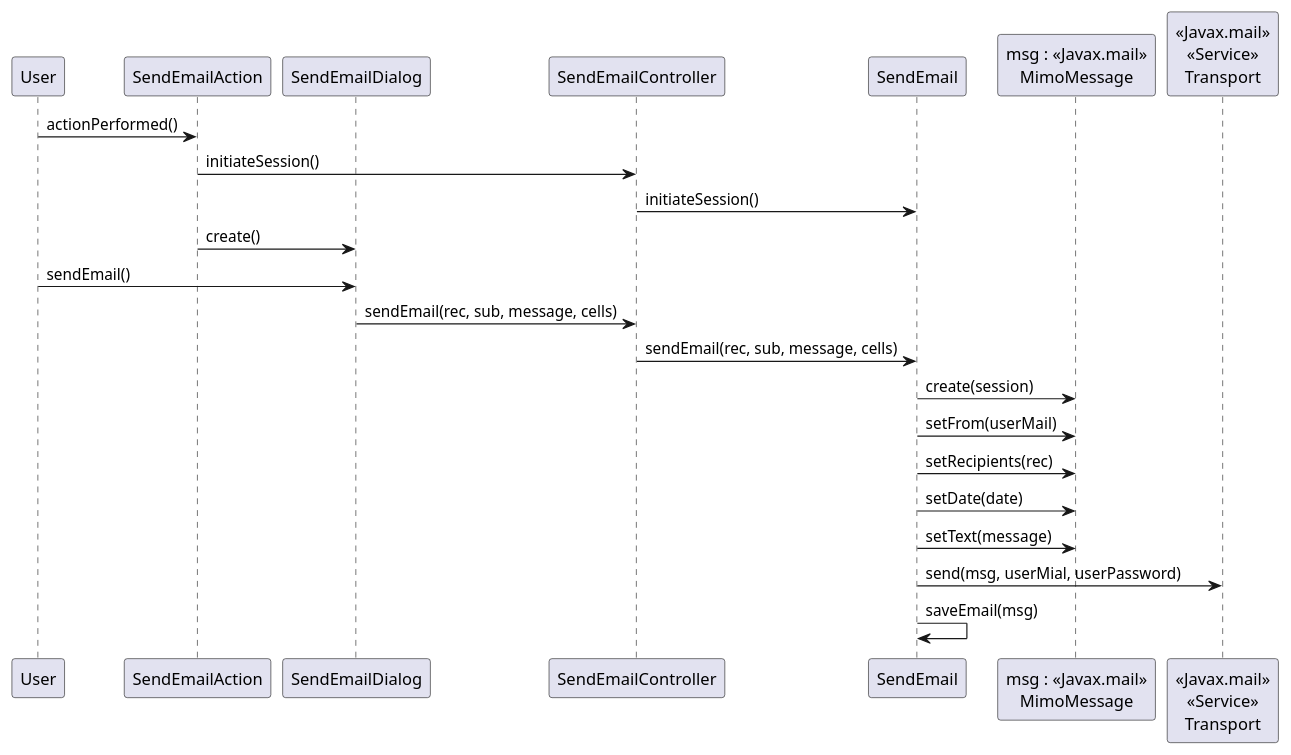
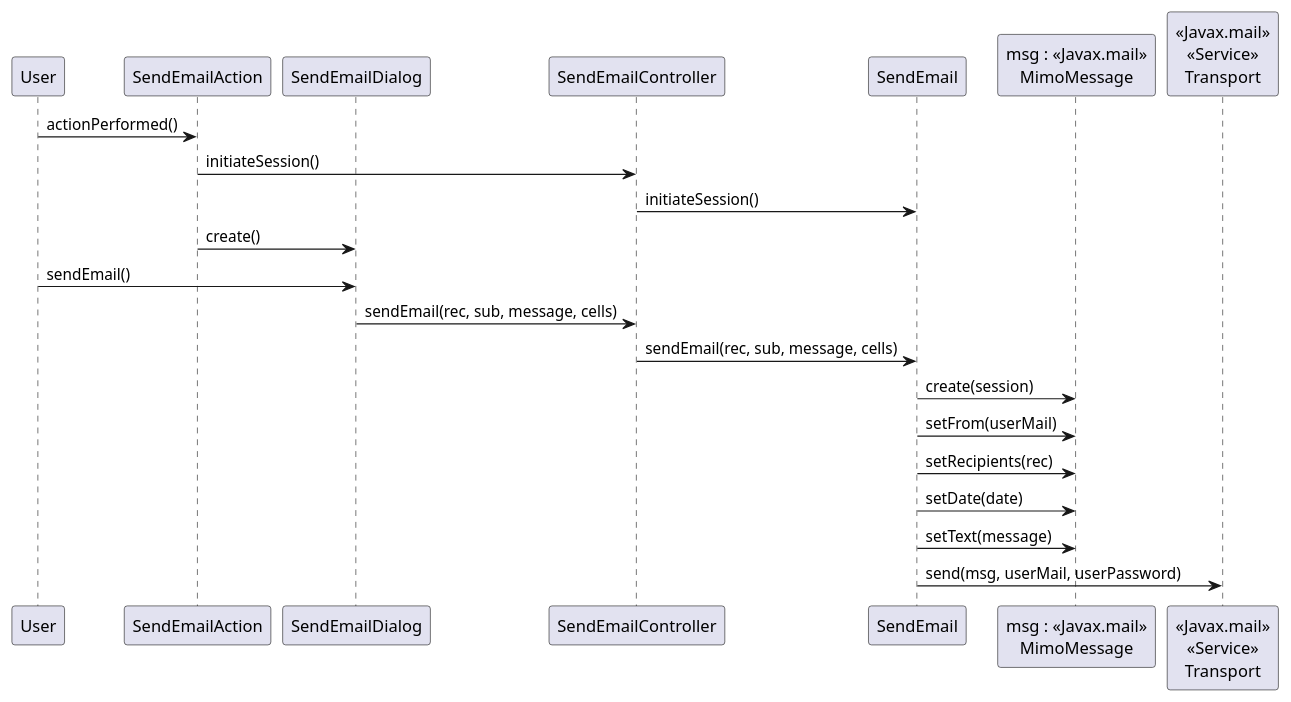
Before and after one commit to 1130348/Confusao: the diagram in src/csheets/userstories/core05_02/send_Email/i130419/sequence_diagram.puml, drawn with PlantUML.

Commit message:
Correção da documentação

```diff
--- a/src/csheets/userstories/core05_02/send_Email/i130419/sequence_diagram.puml
+++ b/src/csheets/userstories/core05_02/send_Email/i130419/sequence_diagram.puml
@@ -1,24 +1,22 @@
 @startuml doc-files/sequence_diagram.png
 participant User as usr
 participant "SendEmailAction" as sea
 participant "SendEmailDialog" as sed
 participant "SendEmailController" as emc
 participant "SendEmail" as em
 participant "msg : <<Javax.mail>>\nMimoMessage" as mm
 participant "<<Javax.mail>>\n<<Service>>\nTransport" as tra
 usr -> sea : actionPerformed()
 sea -> emc : initiateSession()
 emc -> em : initiateSession()
 sea -> sed : create()
 usr -> sed : sendEmail()
 sed -> emc : sendEmail(rec, sub, message, cells)
 emc -> em : sendEmail(rec, sub, message, cells)
 em -> mm : create(session)
 em -> mm : setFrom(userMail)
 em -> mm : setRecipients(rec)
 em -> mm : setDate(date)
 em -> mm : setText(message)
-em -> tra : send(msg, userMial, userPassword)
-em -> em : saveEmail(msg)
-
+em -> tra : send(msg, userMail, userPassword)
 @enduml
```
